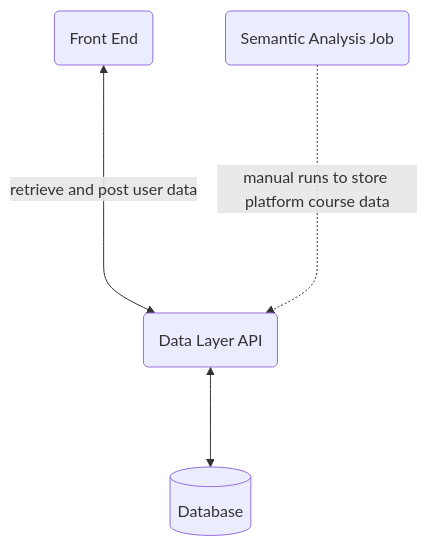
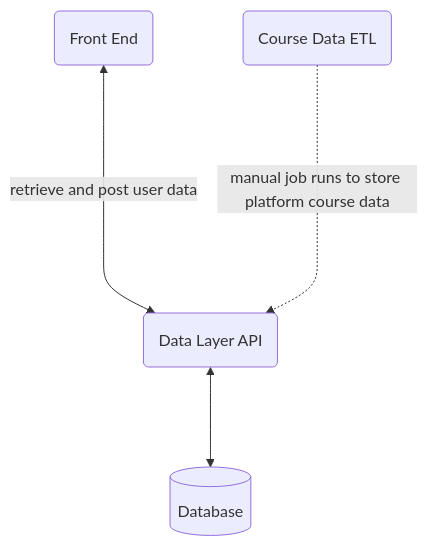
One commit to leovrodriguez/CourseReview changed the diagram in README.md. Above: the diagram before and after it, drawn with Mermaid. The commit also changed other lines of this file and 23 other files, not shown here.

Commit message:
Move embedding logic to data layer api, rename Semantic Analysis -> Course Data ETL, update relevant ReadMe

````diff
--- a/README.md
+++ b/README.md
@@ -6,12 +6,12 @@
  ```mermaid
 flowchart TD
     A@{ shape: cyl, label: "Database" }
     B(Front End)
     C(Data Layer API 
         )
-    D(Semantic Analysis Job)
+    D(Course Data ETL)
 
     B <-- retrieve and post user data -----> C
-    D -.manual runs to store platform course data....-> C
+    D -.manual job runs to store platform course data....-> C
     C <---> A
 ```
````
